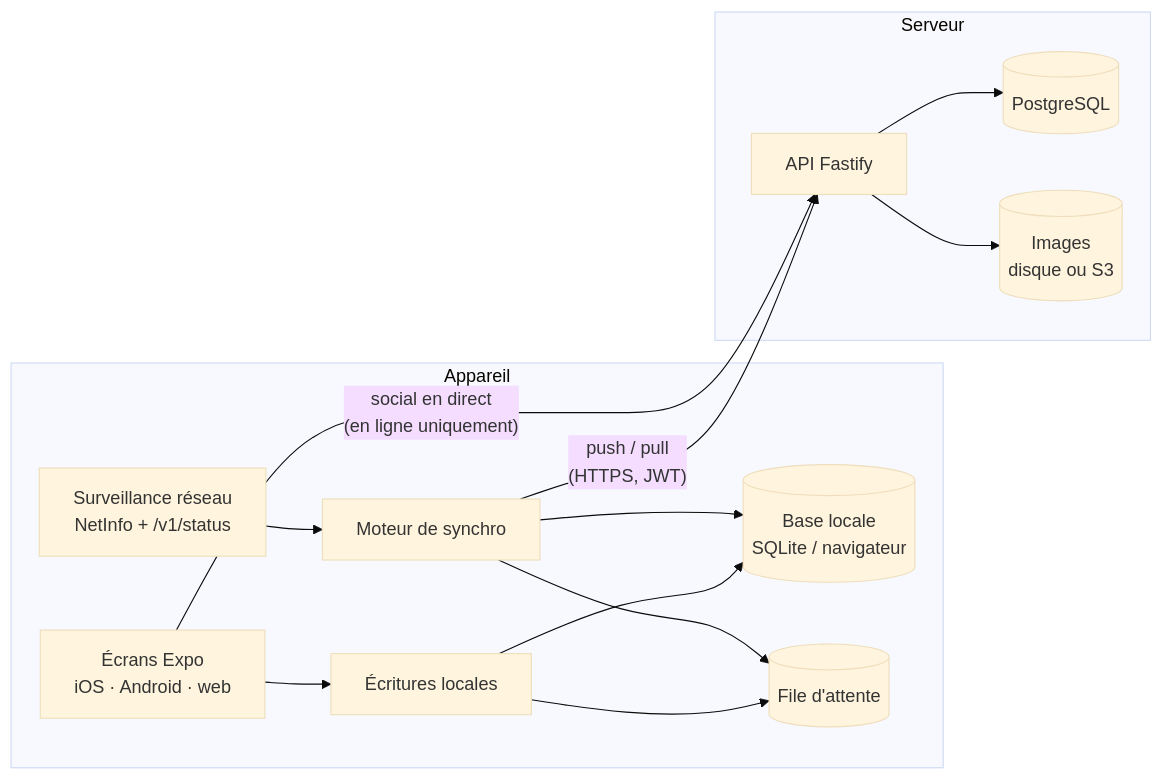
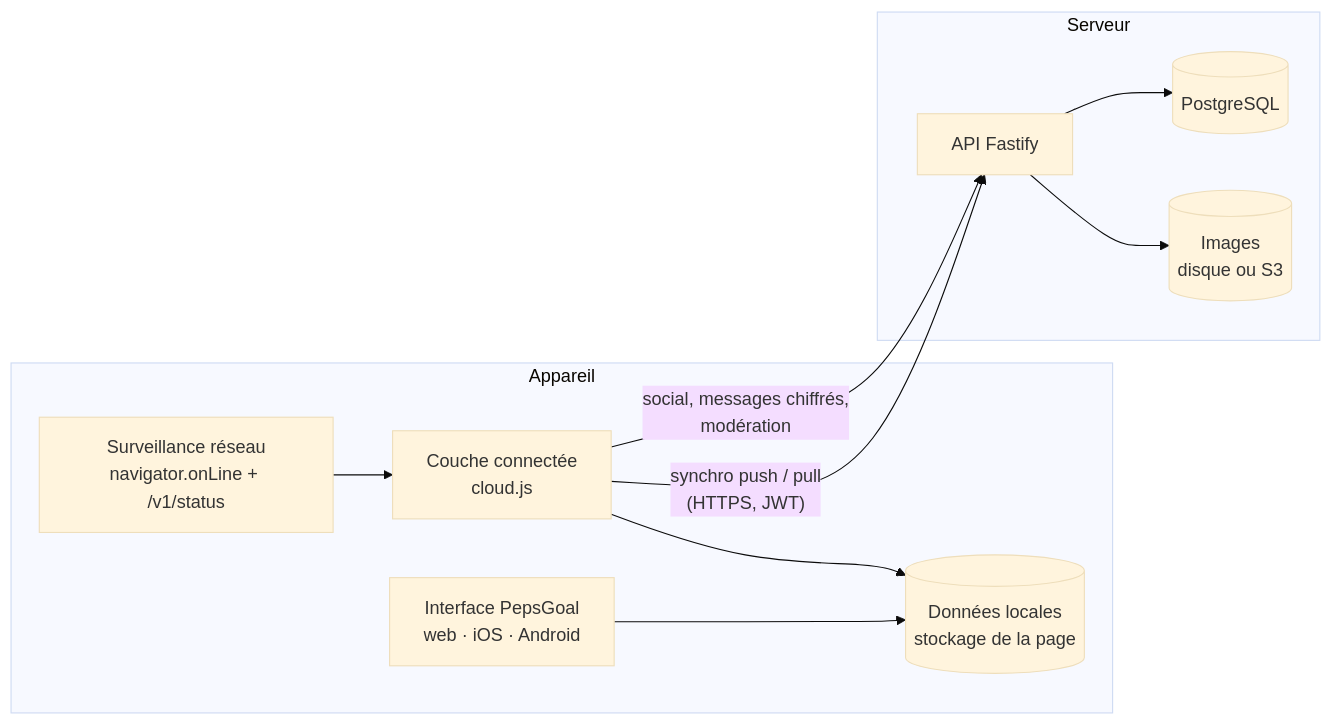
Before and after one commit to CorbetQ/pepsgoal-platform: the diagram in docs/ARCHITECTURE.md, drawn with Mermaid (base theme). The commit also changed other lines of this file and 62 other files, not shown here.

Commit message:
Interface de l'artefact pour le web et le mobile

````diff
--- a/docs/ARCHITECTURE.md
+++ b/docs/ARCHITECTURE.md
@@ -5,17 +5,14 @@
 ```mermaid
 flowchart LR
   subgraph Appareil
-    UI[Écrans Expo<br/>iOS · Android · web] --> Repo[Écritures locales]
-    Repo --> Local[(Base locale<br/>SQLite / navigateur)]
-    Repo --> Outbox[(File d'attente)]
-    Sync[Moteur de synchro] --> Outbox
-    Sync --> Local
-    Net[Surveillance réseau<br/>NetInfo + /v1/status] --> Sync
+    UI[Interface PepsGoal<br/>web · iOS · Android] --> Local[(Données locales<br/>stockage de la page)]
+    Cloud[Couche connectée<br/>cloud.js] --> Local
+    Net[Surveillance réseau<br/>navigator.onLine + /v1/status] --> Cloud
   end
-  Sync -- "push / pull<br/>(HTTPS, JWT)" --> API
-  UI -- "social en direct<br/>(en ligne uniquement)" --> API
+  Cloud -- "synchro push / pull<br/>(HTTPS, JWT)" --> API
+  Cloud -- "social, messages chiffrés,<br/>modération" --> API
   subgraph Serveur
     API[API Fastify] --> PG[(PostgreSQL)]
     API --> Media[(Images<br/>disque ou S3)]
   end
 ```
````
